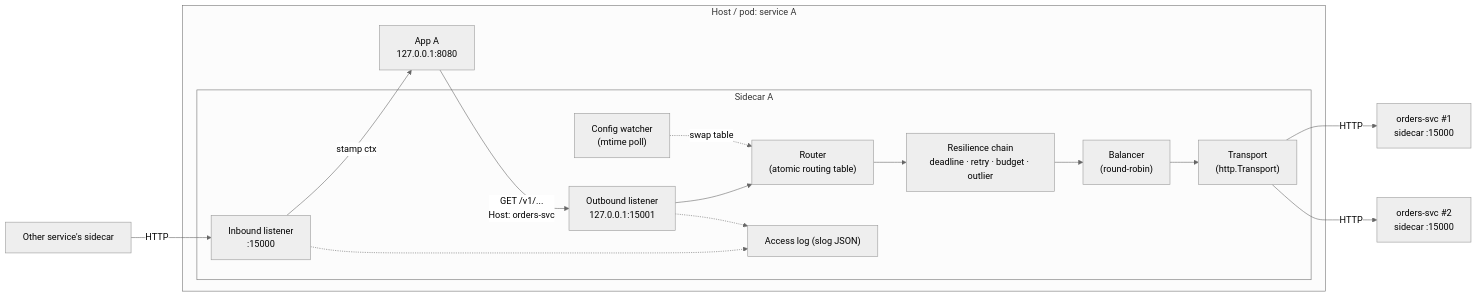
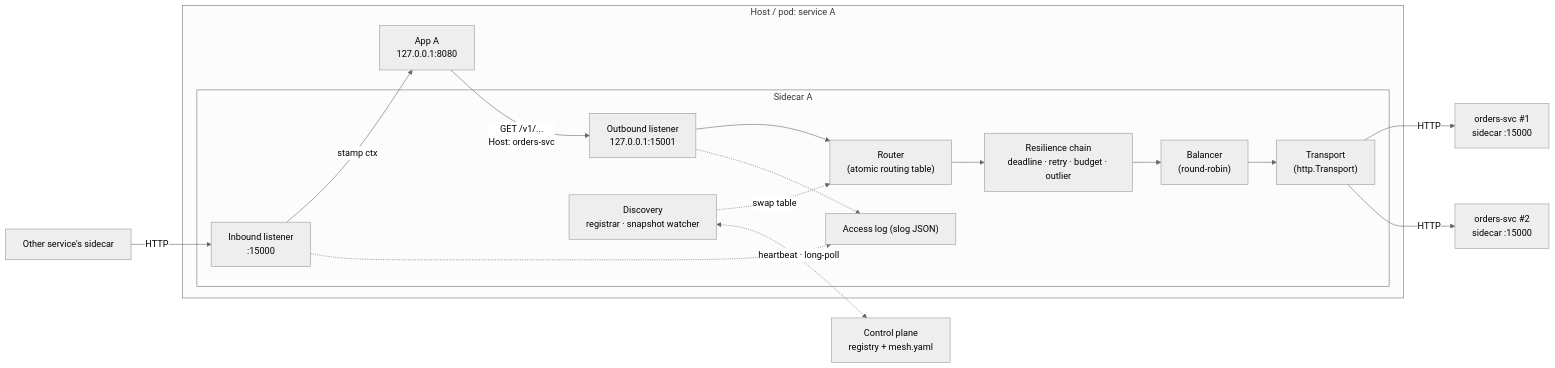
Before and after one commit to maciejpvp/Sidecar: the first of 4 diagrams in docs/DESIGN.md, drawn with Mermaid (neutral theme). The commit also changed other lines of this file and 40 other files, not shown here.

````diff
--- a/docs/DESIGN.md
+++ b/docs/DESIGN.md
@@ -50,26 +55,27 @@
 ```mermaid
 flowchart LR
     subgraph PodA["Host / pod: service A"]
         AppA["App A<br/>127.0.0.1:8080"]
         subgraph SidecarA["Sidecar A"]
             IN["Inbound listener<br/>:15000"]
             OUT["Outbound listener<br/>127.0.0.1:15001"]
             RT["Router<br/>(atomic routing table)"]
             LB["Balancer<br/>(round-robin)"]
             RES["Resilience chain<br/>deadline · retry · budget · outlier"]
             TR["Transport<br/>(http.Transport)"]
-            CW["Config watcher<br/>(mtime poll)"]
+            DISC["Discovery<br/>registrar · snapshot watcher"]
             LOG["Access log (slog JSON)"]
         end
     end
 
     Caller["Other service's sidecar"] -->|HTTP| IN
     IN -->|stamp ctx| AppA
     AppA -->|"GET /v1/...<br/>Host: orders-svc"| OUT
     OUT --> RT --> RES --> LB --> TR
     TR -->|HTTP| B1["orders-svc #1<br/>sidecar :15000"]
     TR -->|HTTP| B2["orders-svc #2<br/>sidecar :15000"]
-    CW -.->|swap table| RT
+    DISC -.->|swap table| RT
+    DISC <-.->|"heartbeat · long-poll"| CP["Control plane<br/>registry + mesh.yaml"]
     IN -.-> LOG
     OUT -.-> LOG
 ```
````
